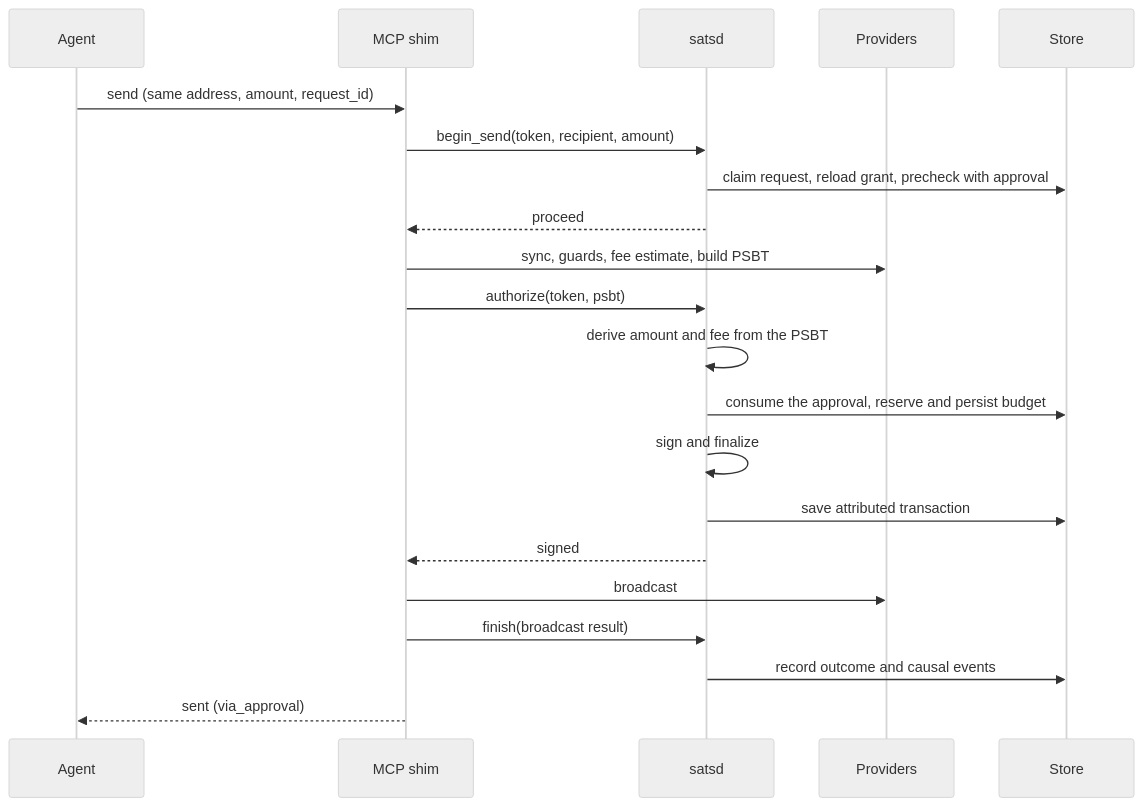
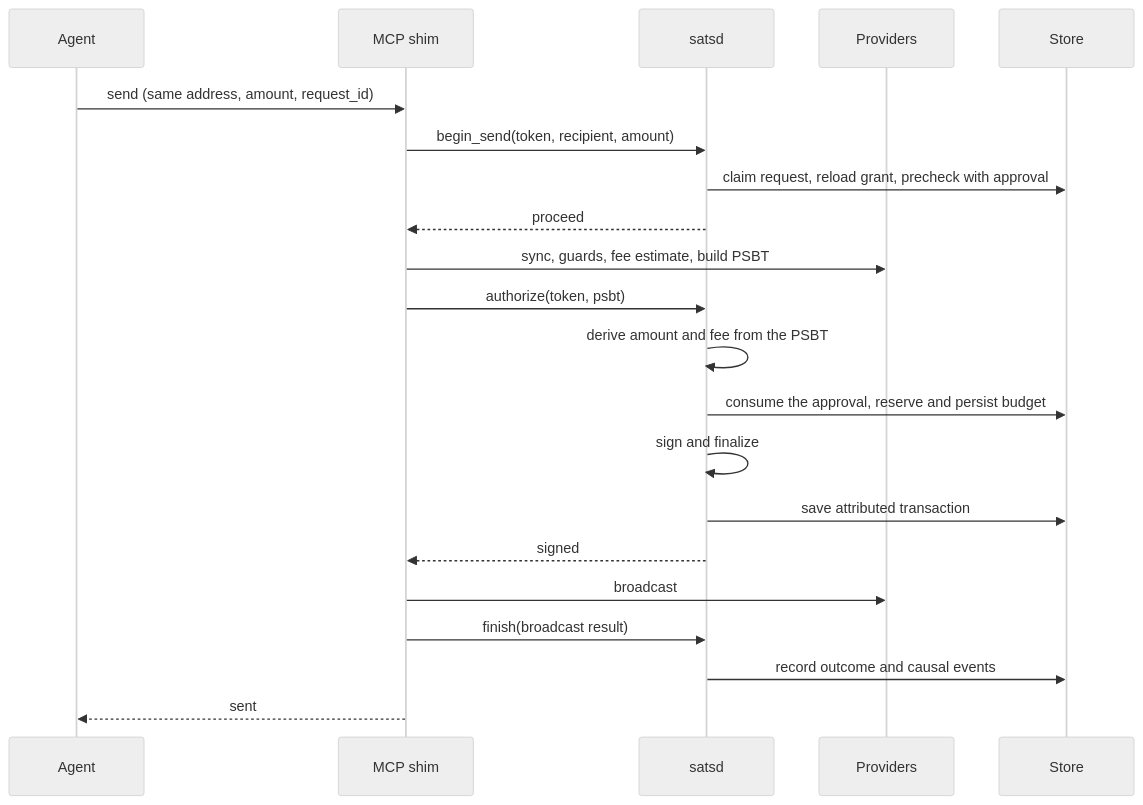
The fourth of 4 diagrams in docs/architecture.md (idemresearch/sats), drawn with Mermaid (neutral theme) before and after one commit. The commit also changed other lines of this file and 35 other files, not shown here.

````diff
--- a/docs/architecture.md
+++ b/docs/architecture.md
@@ -201,23 +200,23 @@
 ```mermaid
 sequenceDiagram
     participant A as Agent
     participant M as MCP shim
     participant D as satsd
     participant P as Providers
     participant S as Store
     A->>M: send (same address, amount, request_id)
     M->>D: begin_send(token, recipient, amount)
     D->>S: claim request, reload grant, precheck with approval
     D-->>M: proceed
     M->>P: sync, guards, fee estimate, build PSBT
     M->>D: authorize(token, psbt)
     D->>D: derive amount and fee from the PSBT
     D->>S: consume the approval, reserve and persist budget
     D->>D: sign and finalize
     D->>S: save attributed transaction
     D-->>M: signed
     M->>P: broadcast
     M->>D: finish(broadcast result)
     D->>S: record outcome and causal events
-    M-->>A: sent (via_approval)
+    M-->>A: sent
 ```
````
